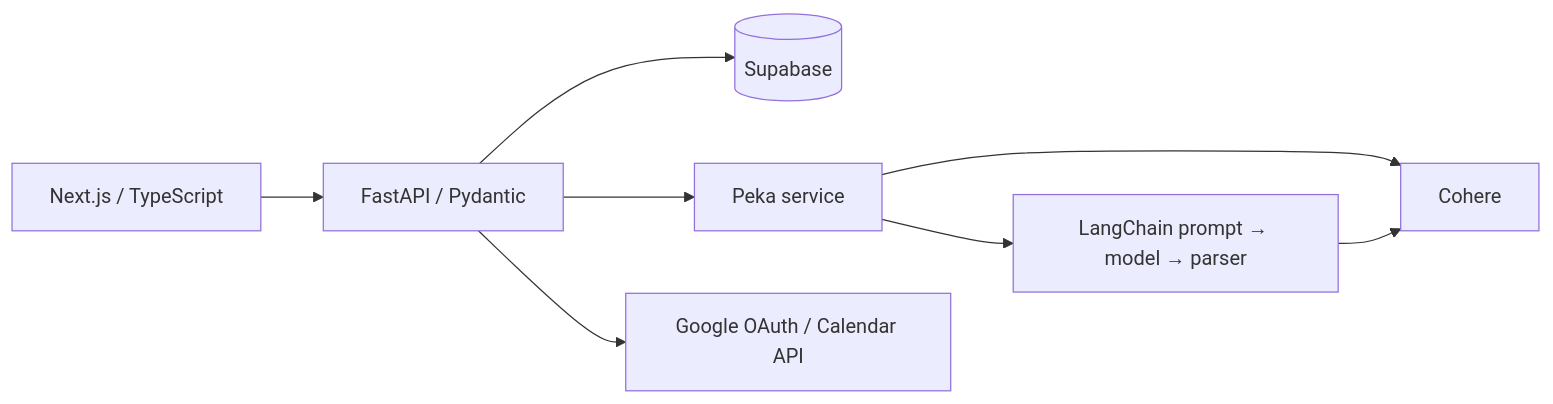
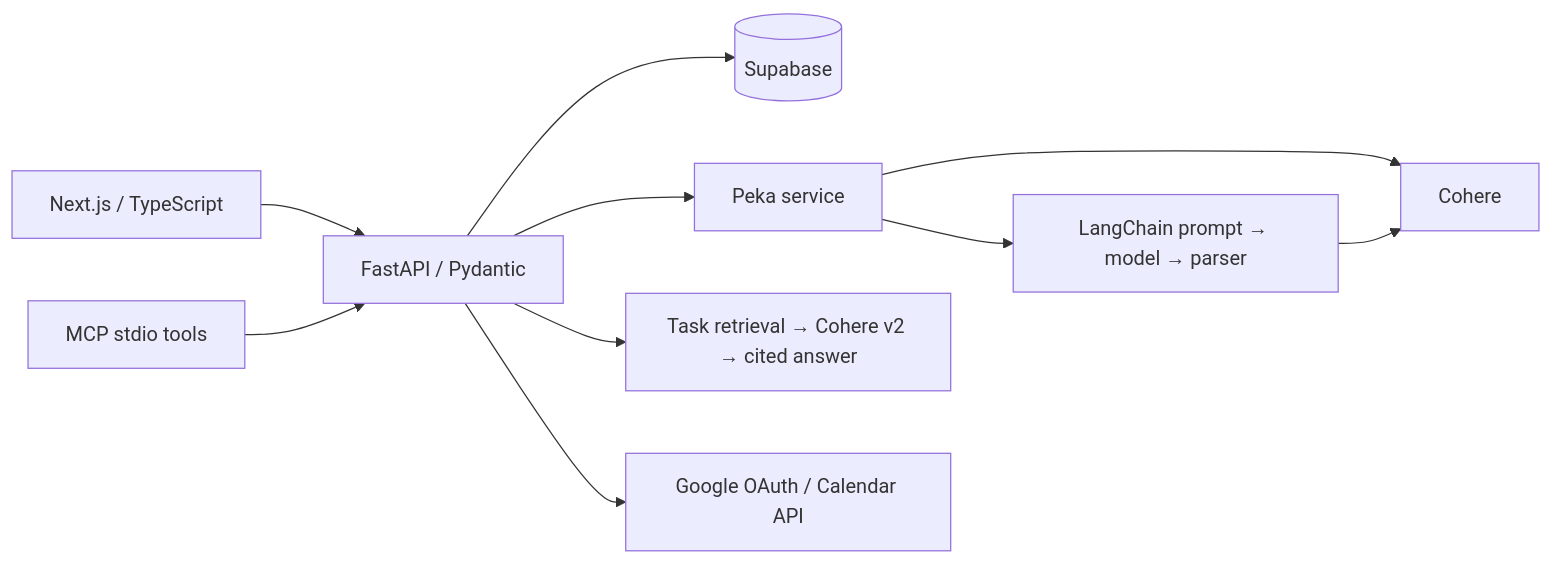
The diagram in README.md (JeffreyYeet1/cop), drawn with Mermaid before and after one commit. The commit also changed other lines of this file and 12 other files, not shown here.

Commit message:
feat: add authenticated task RAG and local MCP tools

````diff
--- a/README.md
+++ b/README.md
@@ -37,10 +39,12 @@
 ```mermaid
 flowchart LR
     UI[Next.js / TypeScript] --> API[FastAPI / Pydantic]
     API --> DB[(Supabase)]
     API --> Peka[Peka service]
     Peka --> Cohere[Cohere]
     Peka --> Chain[LangChain prompt → model → parser]
     Chain --> Cohere
+    API --> RAG[Task retrieval → Cohere v2 → cited answer]
+    MCP[MCP stdio tools] --> API
     API --> Google[Google OAuth / Calendar API]
 ```
````
